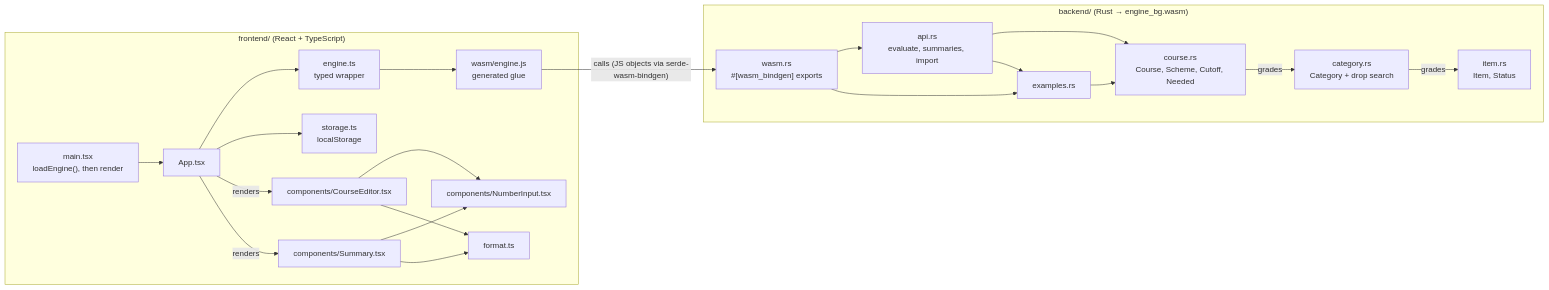
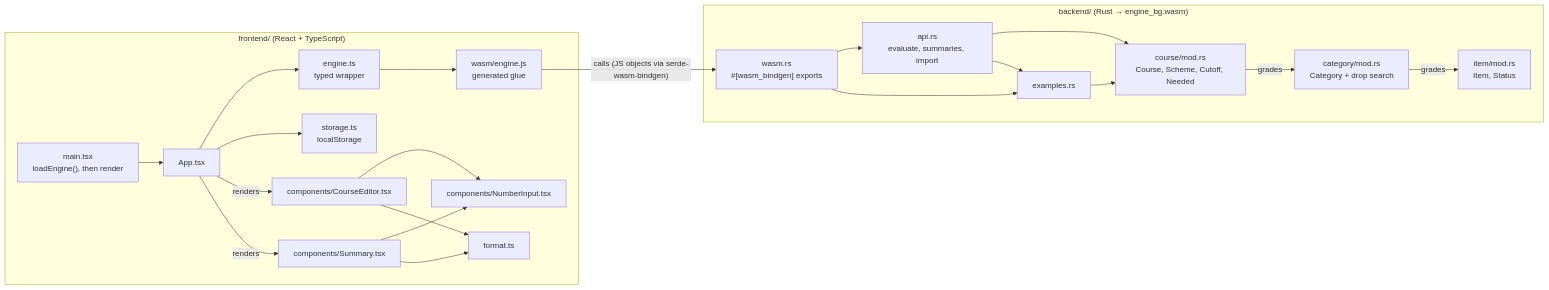
The first of 8 diagrams in docs/uml.md (Patman1O1/grade-calculator), drawn with Mermaid before and after one commit. The commit also changed other lines of this file and 8 other files, not shown here.

First line of the commit message:
Split item, category and course into directory modules

````diff
--- a/docs/uml.md
+++ b/docs/uml.md
@@ -20,40 +20,40 @@
 ```mermaid
 flowchart LR
   subgraph frontend["frontend/ (React + TypeScript)"]
     main["main.tsx<br/>loadEngine(), then render"]
     App["App.tsx"]
     CourseEditor["components/CourseEditor.tsx"]
     Summary["components/Summary.tsx"]
     NumberInput["components/NumberInput.tsx"]
     enginets["engine.ts<br/>typed wrapper"]
     glue["wasm/engine.js<br/>generated glue"]
     storage["storage.ts<br/>localStorage"]
     format["format.ts"]
   end
   subgraph engine["backend/ (Rust → engine_bg.wasm)"]
     wasm["wasm.rs<br/>#[wasm_bindgen] exports"]
     api["api.rs<br/>evaluate, summaries, import"]
-    item["item.rs<br/>Item, Status"]
-    category["category.rs<br/>Category + drop search"]
-    course["course.rs<br/>Course, Scheme, Cutoff, Needed"]
+    item["item/mod.rs<br/>Item, Status"]
+    category["category/mod.rs<br/>Category + drop search"]
+    course["course/mod.rs<br/>Course, Scheme, Cutoff, Needed"]
     examples["examples.rs"]
   end
 
   main --> App
   App --> enginets --> glue
   App --> storage
   App -->|renders| CourseEditor
   App -->|renders| Summary
   CourseEditor --> NumberInput
   Summary --> NumberInput
   CourseEditor --> format
   Summary --> format
   glue -->|"calls (JS objects via serde-wasm-bindgen)"| wasm
   wasm --> api
   wasm --> examples
   api --> course
   api --> examples
   examples --> course
   course -->|grades| category
   category -->|grades| item
 ```
````
